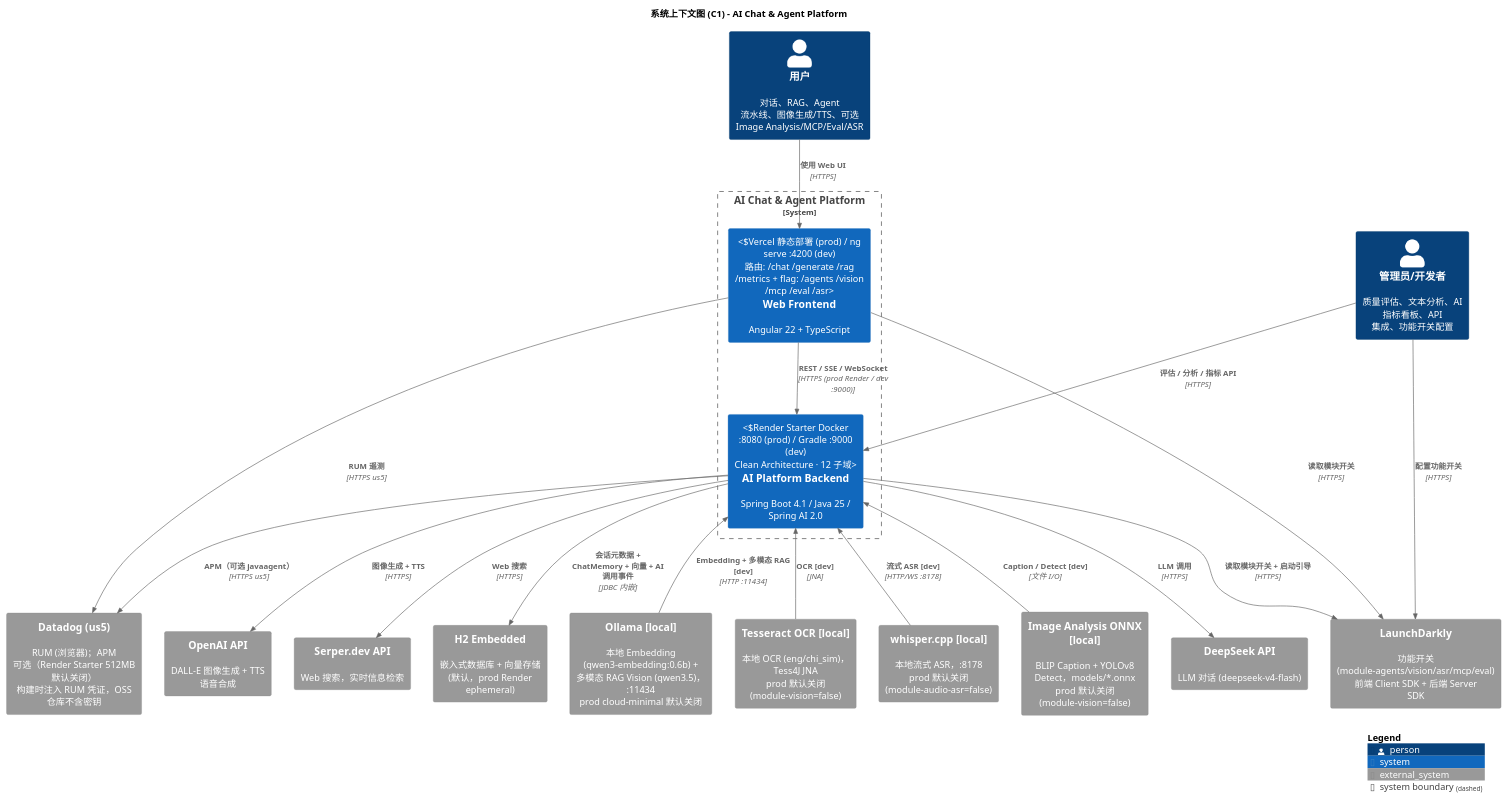
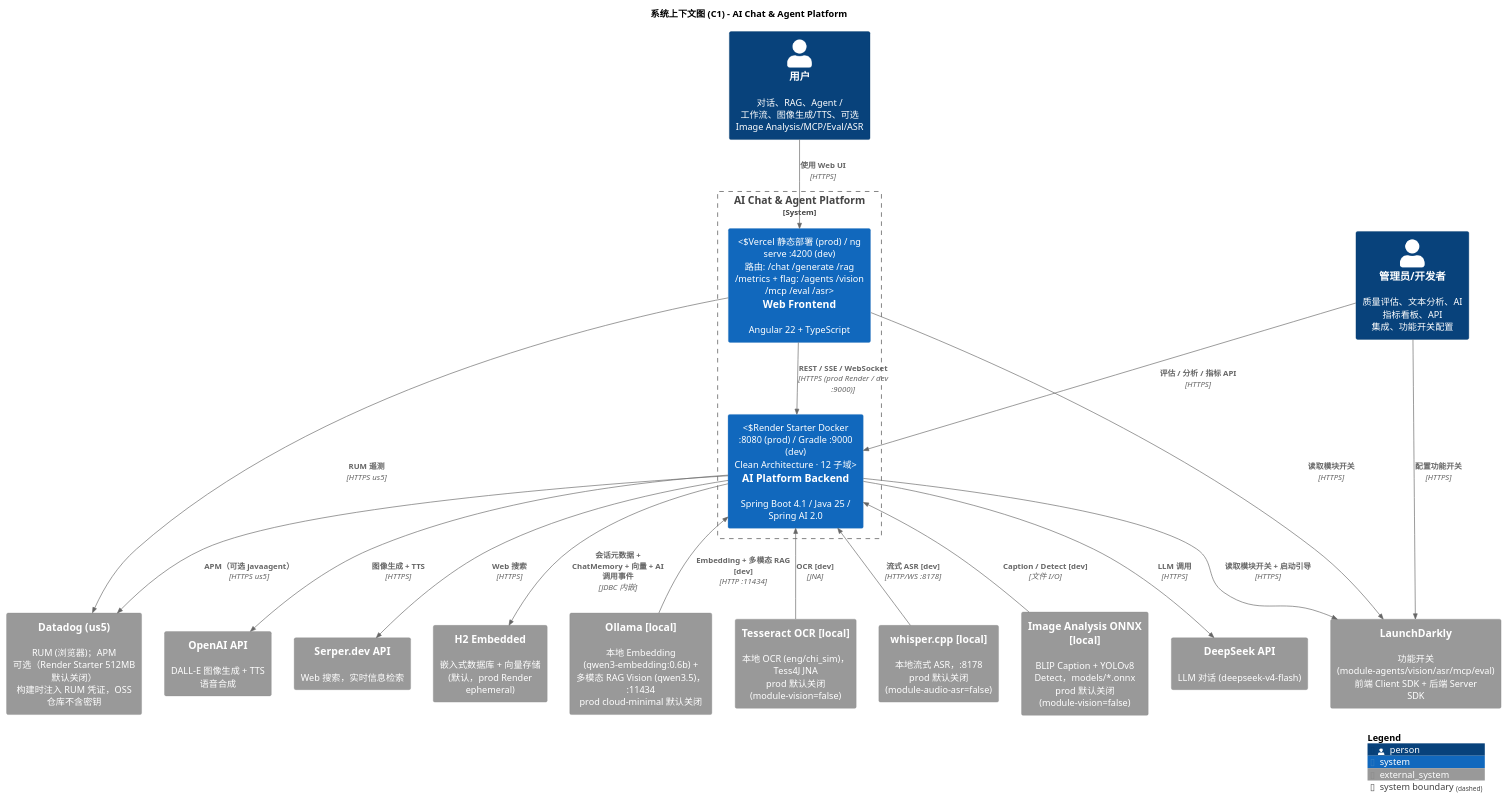
The diagram in docs/developer/c4-model/C1-Context.puml (felixzhu97/explore-ai), drawn with PlantUML before and after one commit. The commit also changed 16 other files, not shown here.

```diff
--- a/docs/developer/c4-model/C1-Context.puml
+++ b/docs/developer/c4-model/C1-Context.puml
@@ -1,68 +1,68 @@
 @startuml C1-Context
 !include https://raw.githubusercontent.com/plantuml-stdlib/C4-PlantUML/master/C4_Context.puml
 
 LAYOUT_WITH_LEGEND()
 
 title 系统上下文图 (C1) - AI Chat & Agent Platform
 
 ' ============================================================
 ' PEOPLE
 ' ============================================================
-Person(user, "用户", "对话、RAG、Agent 流水线、图像生成/TTS、可选 Image Analysis/MCP/Eval/ASR")
+Person(user, "用户", "对话、RAG、Agent / 工作流、图像生成/TTS、可选 Image Analysis/MCP/Eval/ASR")
 Person(admin, "管理员/开发者", "质量评估、文本分析、AI 指标看板、API 集成、功能开关配置")
 
 ' ============================================================
 ' AI Chat & Agent Platform
 ' ============================================================
 System_Boundary(ai_platform, "AI Chat & Agent Platform") {
     System(frontend, "Web Frontend", "Angular 22 + TypeScript", "Vercel 静态部署 (prod) / ng serve :4200 (dev)\n路由: /chat /generate /rag /metrics + flag: /agents /vision /mcp /eval /asr")
     System(backend, "AI Platform Backend", "Spring Boot 4.1 / Java 25 / Spring AI 2.0", "Render Starter Docker :8080 (prod) / Gradle :9000 (dev)\nClean Architecture · 12 子域")
 }
 
 ' ============================================================
 ' PLATFORM SERVICES
 ' ============================================================
 System_Ext(launchdarkly, "LaunchDarkly", "功能开关 (module-agents/vision/asr/mcp/eval)\n前端 Client SDK + 后端 Server SDK")
 System_Ext(datadog, "Datadog (us5)", "RUM (浏览器)；APM 可选（Render Starter 512MB 默认关闭）\n构建时注入 RUM 凭证，OSS 仓库不含密钥")
 
 ' ============================================================
 ' CLOUD AI SERVICES (prod + dev)
 ' ============================================================
 System_Ext(deepseek_api, "DeepSeek API", "LLM 对话 (deepseek-v4-flash)")
 System_Ext(openai_api, "OpenAI API", "DALL-E 图像生成 + TTS 语音合成")
 System_Ext(serper_api, "Serper.dev API", "Web 搜索，实时信息检索")
 
 ' ============================================================
 ' DATA & LOCAL-ONLY SERVICES (dev / optional)
 ' ============================================================
 System_Ext(h2_db, "H2 Embedded", "嵌入式数据库 + 向量存储 (默认，prod Render ephemeral)")
 System_Ext(ollama, "Ollama [local]", "本地 Embedding (qwen3-embedding:0.6b) + 多模态 RAG Vision (qwen3.5)，:11434\nprod cloud-minimal 默认关闭")
 System_Ext(tesseract, "Tesseract OCR [local]", "本地 OCR (eng/chi_sim)，Tess4J JNA\nprod 默认关闭 (module-vision=false)")
 System_Ext(whisper_cpp, "whisper.cpp [local]", "本地流式 ASR，:8178\nprod 默认关闭 (module-audio-asr=false)")
 System_Ext(onnx_vision, "Image Analysis ONNX [local]", "BLIP Caption + YOLOv8 Detect，models/*.onnx\nprod 默认关闭 (module-vision=false)")
 
 ' ============================================================
 ' RELATIONSHIPS
 ' ============================================================
 Rel(user, frontend, "使用 Web UI", "HTTPS")
 Rel(admin, launchdarkly, "配置功能开关", "HTTPS")
 Rel(admin, backend, "评估 / 分析 / 指标 API", "HTTPS")
 Rel(frontend, backend, "REST / SSE / WebSocket", "HTTPS (prod Render / dev :9000)")
 
 Rel(frontend, launchdarkly, "读取模块开关", "HTTPS")
 Rel(frontend, datadog, "RUM 遥测", "HTTPS us5")
 Rel(backend, launchdarkly, "读取模块开关 + 启动引导", "HTTPS")
 Rel(backend, datadog, "APM（可选 javaagent）", "HTTPS us5")
 
 Rel(backend, deepseek_api, "LLM 调用", "HTTPS")
 Rel(backend, openai_api, "图像生成 + TTS", "HTTPS")
 Rel(backend, serper_api, "Web 搜索", "HTTPS")
 Rel(backend, h2_db, "会话元数据 + ChatMemory + 向量 + AI 调用事件", "JDBC 内嵌")
 
 Rel_Back(backend, ollama, "Embedding + 多模态 RAG [dev]", "HTTP :11434")
 Rel_Back(backend, tesseract, "OCR [dev]", "JNA")
 Rel_Back(backend, whisper_cpp, "流式 ASR [dev]", "HTTP/WS :8178")
 Rel_Back(backend, onnx_vision, "Caption / Detect [dev]", "文件 I/O")
 
 SHOW_LEGEND()
 @enduml
```
